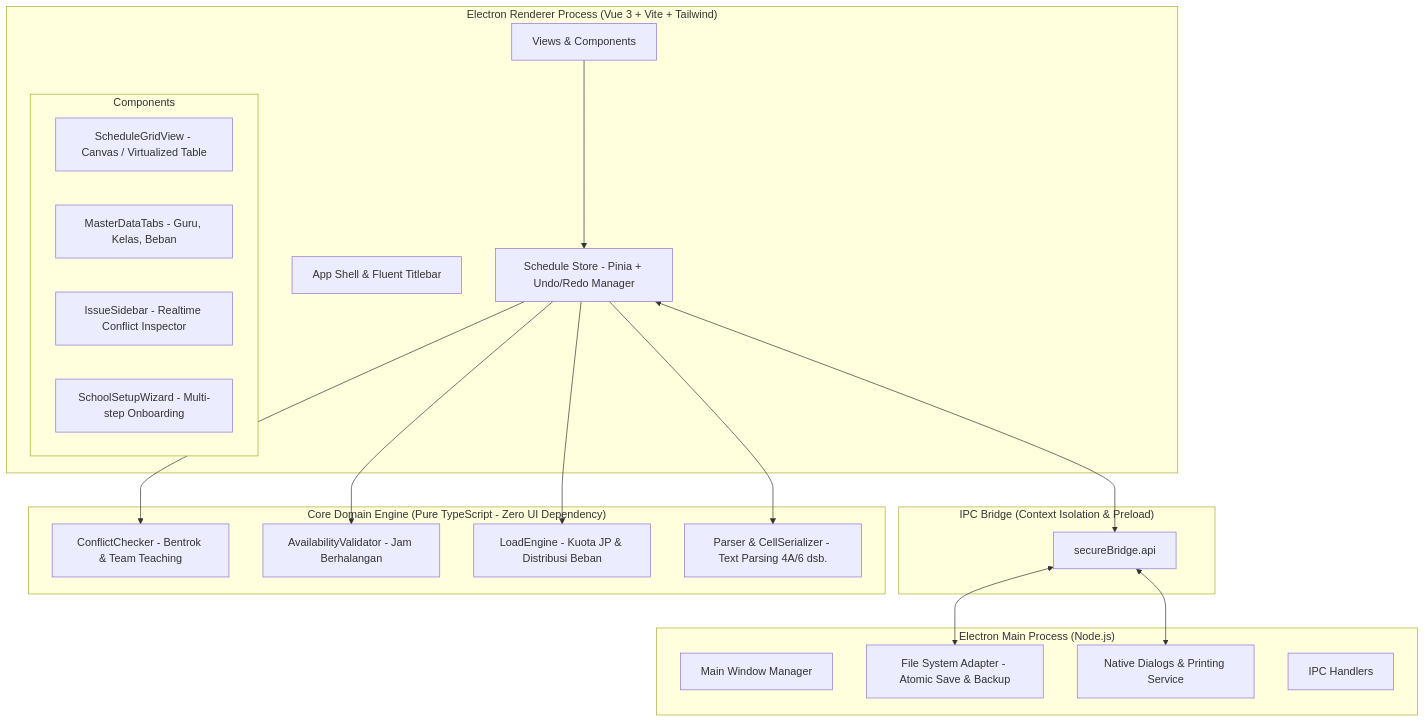
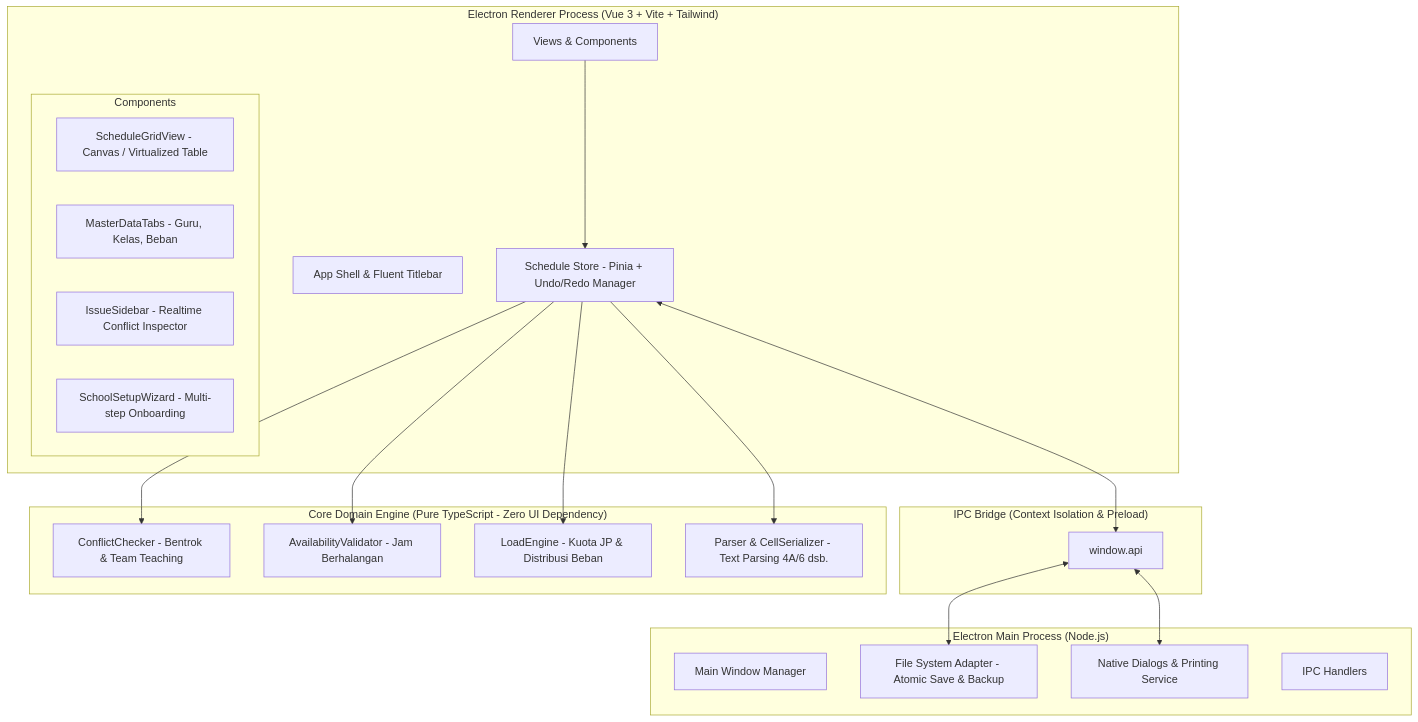
Before and after one commit to ilhamrizqiawan21/jadwal-sekolah: the diagram in docs/DESIGN.md, drawn with Mermaid. The commit also changed other lines of this file and 56 other files, not shown here.

````diff
--- a/docs/DESIGN.md
+++ b/docs/DESIGN.md
@@ -10,42 +10,42 @@
 ```mermaid
 graph TD
     subgraph "Electron Main Process (Node.js)"
         M1[Main Window Manager]
         M2[File System Adapter - Atomic Save & Backup]
         M3[Native Dialogs & Printing Service]
         M4[IPC Handlers]
     end
 
     subgraph "IPC Bridge (Context Isolation & Preload)"
-        B1[secureBridge.api]
+        B1[window.api]
     end
 
     subgraph "Electron Renderer Process (Vue 3 + Vite + Tailwind)"
         R1[App Shell & Fluent Titlebar]
         R2[Schedule Store - Pinia + Undo/Redo Manager]
         R3[Views & Components]
         
         subgraph "Components"
             C1[ScheduleGridView - Canvas / Virtualized Table]
             C2[MasterDataTabs - Guru, Kelas, Beban]
             C3[IssueSidebar - Realtime Conflict Inspector]
             C4[SchoolSetupWizard - Multi-step Onboarding]
         end
     end
 
     subgraph "Core Domain Engine (Pure TypeScript - Zero UI Dependency)"
         E1[ConflictChecker - Bentrok & Team Teaching]
         E2[AvailabilityValidator - Jam Berhalangan]
         E3[LoadEngine - Kuota JP & Distribusi Beban]
         E4[Parser & CellSerializer - Text Parsing 4A/6 dsb.]
     end
 
     R3 --> R2
     R2 --> E1
     R2 --> E2
     R2 --> E3
     R2 --> E4
     R2 <--> B1
     B1 <--> M2
     B1 <--> M3
 ```
````
